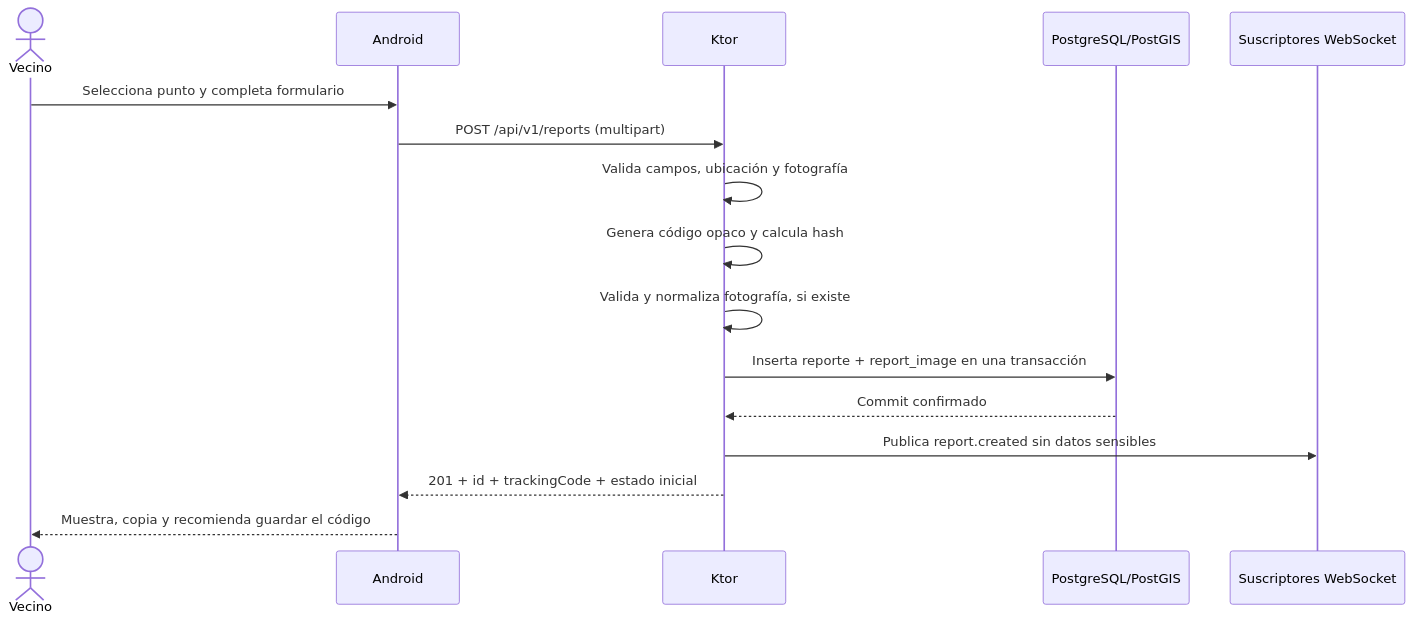
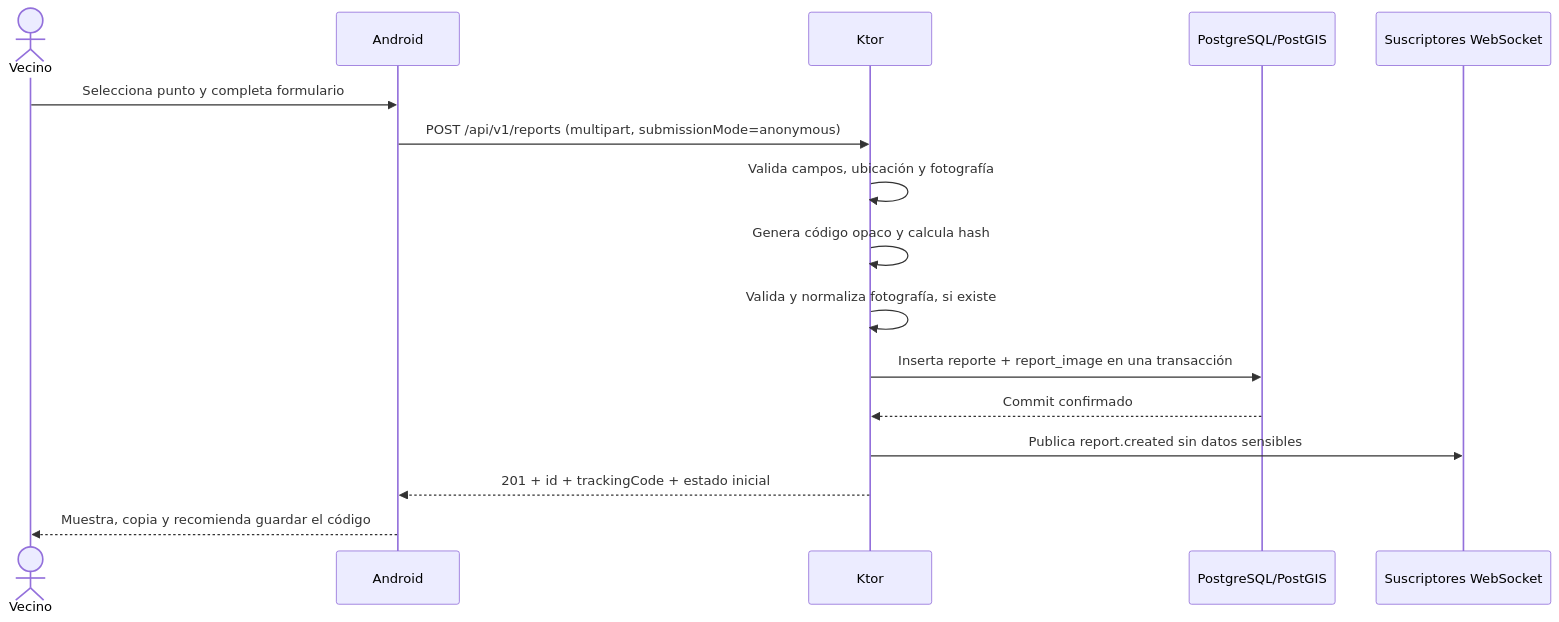
One commit to Jquincal/Mapa-Urbano changed the third of 4 diagrams in docs/01-arquitectura.md. Above: the diagram before and after it, drawn with Mermaid. The commit also changed other lines of this file and 18 other files, not shown here.

Commit message:
feat(architecture): agregar cuentas opcionales de vecinos

````diff
--- a/docs/01-arquitectura.md
+++ b/docs/01-arquitectura.md
@@ -69,19 +95,19 @@
 ```mermaid
 sequenceDiagram
     actor Vecino
     participant Android
     participant Ktor
     participant DB as PostgreSQL/PostGIS
     participant WS as Suscriptores WebSocket
 
     Vecino->>Android: Selecciona punto y completa formulario
-    Android->>Ktor: POST /api/v1/reports (multipart)
+    Android->>Ktor: POST /api/v1/reports (multipart, submissionMode=anonymous)
     Ktor->>Ktor: Valida campos, ubicación y fotografía
     Ktor->>Ktor: Genera código opaco y calcula hash
     Ktor->>Ktor: Valida y normaliza fotografía, si existe
     Ktor->>DB: Inserta reporte + report_image en una transacción
     DB-->>Ktor: Commit confirmado
     Ktor->>WS: Publica report.created sin datos sensibles
     Ktor-->>Android: 201 + id + trackingCode + estado inicial
     Android-->>Vecino: Muestra, copia y recomienda guardar el código
 ```
````
